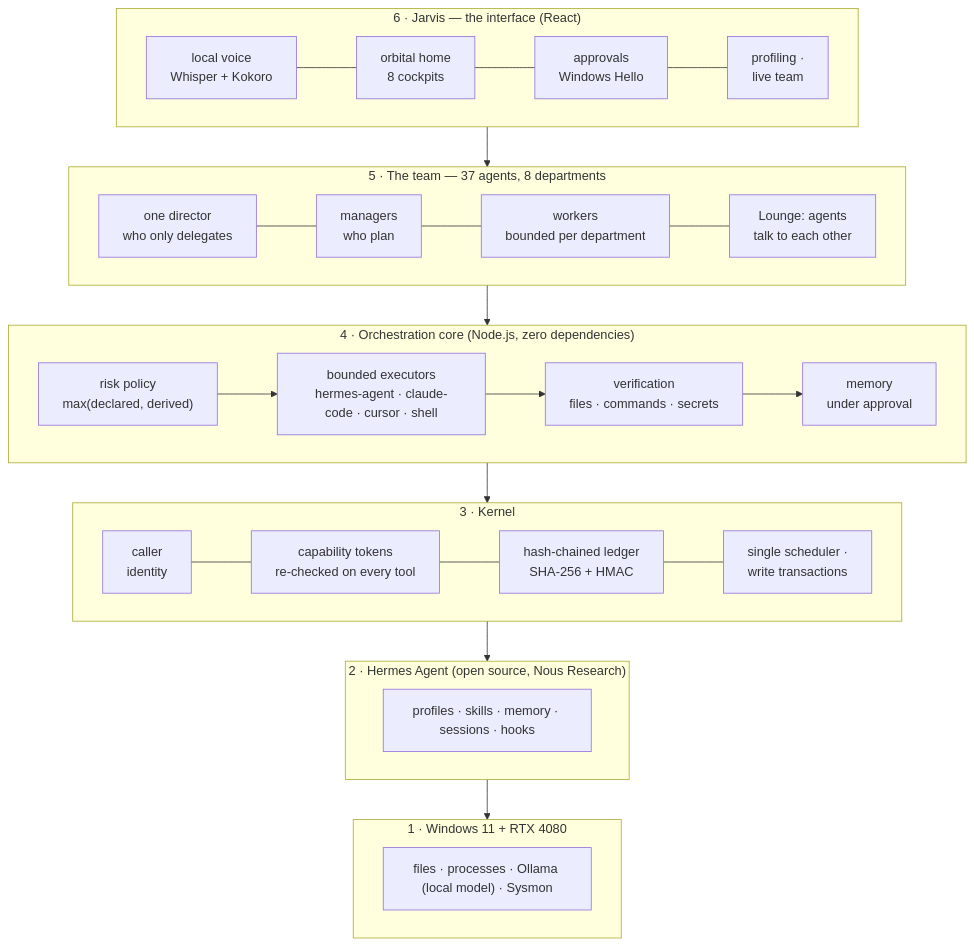
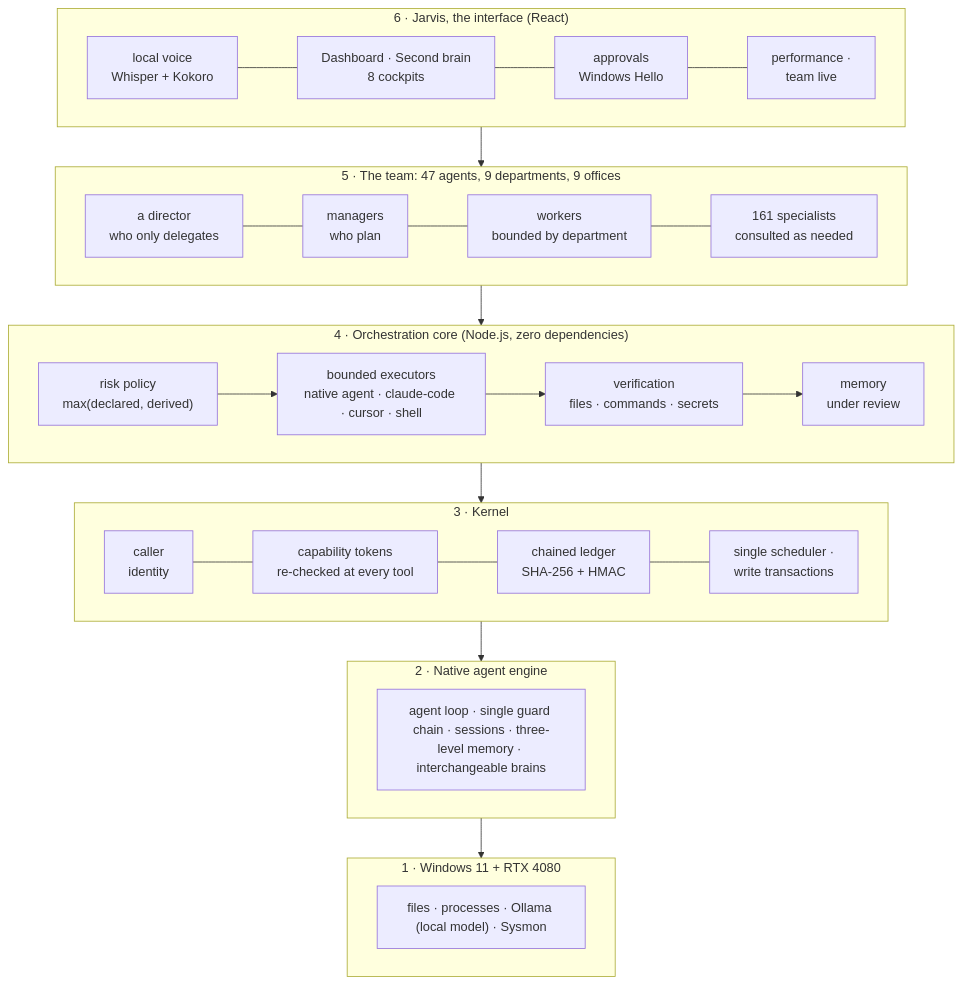
The second of 3 diagrams in README.md (Dow08/OS-Agentique_showcase), drawn with Mermaid before and after one commit. The commit also changed other lines of this file and 50 other files, not shown here.

````diff
--- a/README.md
+++ b/README.md
@@ -77,26 +80,26 @@
 ```mermaid
 flowchart TB
-    subgraph L6["6 · Jarvis — the interface (React)"]
+    subgraph L6["6 · Jarvis, the interface (React)"]
         direction LR
-        J1["local voice<br/>Whisper + Kokoro"] --- J2["orbital home<br/>8 cockpits"] --- J3["approvals<br/>Windows Hello"] --- J4["profiling ·<br/>live team"]
+        J1["local voice<br/>Whisper + Kokoro"] --- J2["Dashboard · Second brain<br/>8 cockpits"] --- J3["approvals<br/>Windows Hello"] --- J4["performance ·<br/>team live"]
     end
-    subgraph L5["5 · The team — 37 agents, 8 departments"]
+    subgraph L5["5 · The team: 47 agents, 9 departments, 9 offices"]
         direction LR
-        T1["one director<br/>who only delegates"] --- T2["managers<br/>who plan"] --- T3["workers<br/>bounded per department"] --- T4["Lounge: agents<br/>talk to each other"]
+        T1["a director<br/>who only delegates"] --- T2["managers<br/>who plan"] --- T3["workers<br/>bounded by department"] --- T4["161 specialists<br/>consulted as needed"]
     end
     subgraph L4["4 · Orchestration core (Node.js, zero dependencies)"]
         direction LR
-        C1["risk policy<br/>max(declared, derived)"] --> C2["bounded executors<br/>hermes-agent · claude-code · cursor · shell"] --> C3["verification<br/>files · commands · secrets"] --> C4["memory<br/>under approval"]
+        C1["risk policy<br/>max(declared, derived)"] --> C2["bounded executors<br/>native agent · claude-code · cursor · shell"] --> C3["verification<br/>files · commands · secrets"] --> C4["memory<br/>under review"]
     end
     subgraph L3["3 · Kernel"]
         direction LR
-        K1["caller<br/>identity"] --- K2["capability tokens<br/>re-checked on every tool"] --- K3["hash-chained ledger<br/>SHA-256 + HMAC"] --- K4["single scheduler ·<br/>write transactions"]
+        K1["caller<br/>identity"] --- K2["capability tokens<br/>re-checked at every tool"] --- K3["chained ledger<br/>SHA-256 + HMAC"] --- K4["single scheduler ·<br/>write transactions"]
     end
-    subgraph L2["2 · Hermes Agent (open source, Nous Research)"]
-        E["profiles · skills · memory · sessions · hooks"]
+    subgraph L2["2 · Native agent engine"]
+        E["agent loop · single guard chain · sessions · three-level memory · interchangeable brains"]
     end
     subgraph L1["1 · Windows 11 + RTX 4080"]
         W["files · processes · Ollama (local model) · Sysmon"]
     end
     L6 --> L5 --> L4 --> L3 --> L2 --> L1
 ```
````
